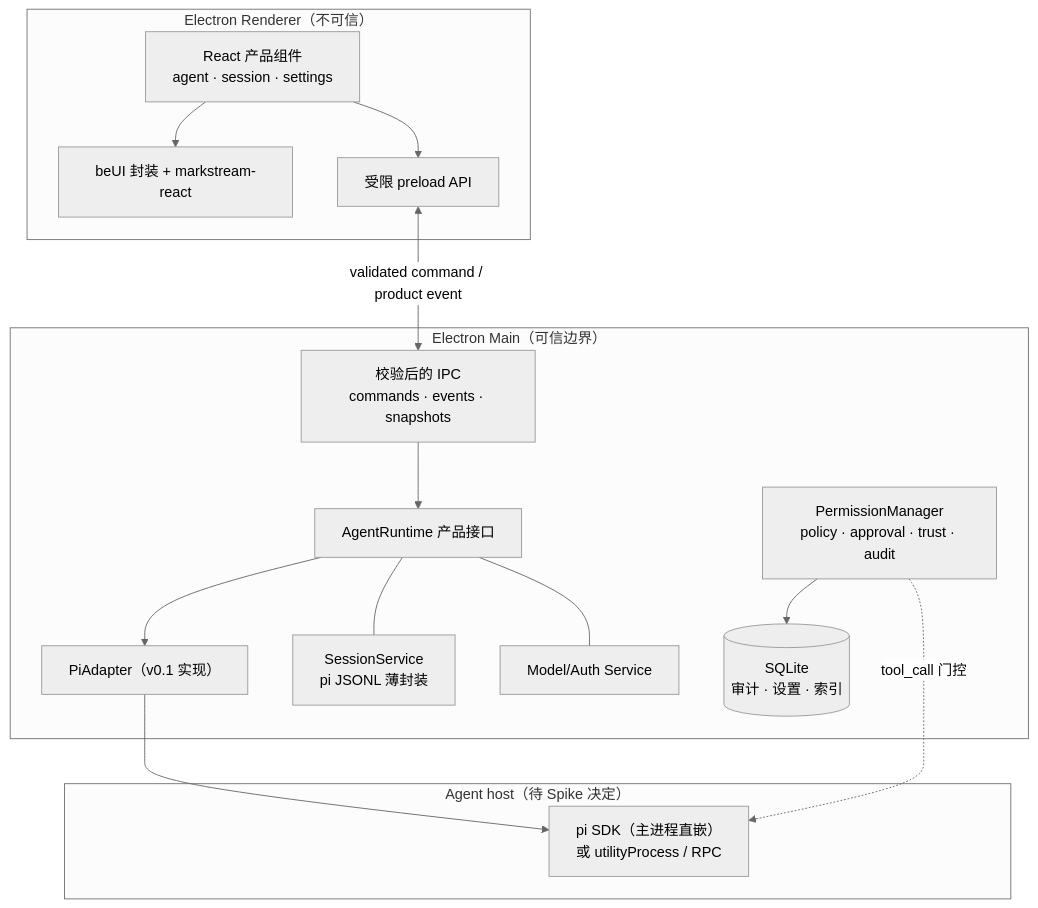
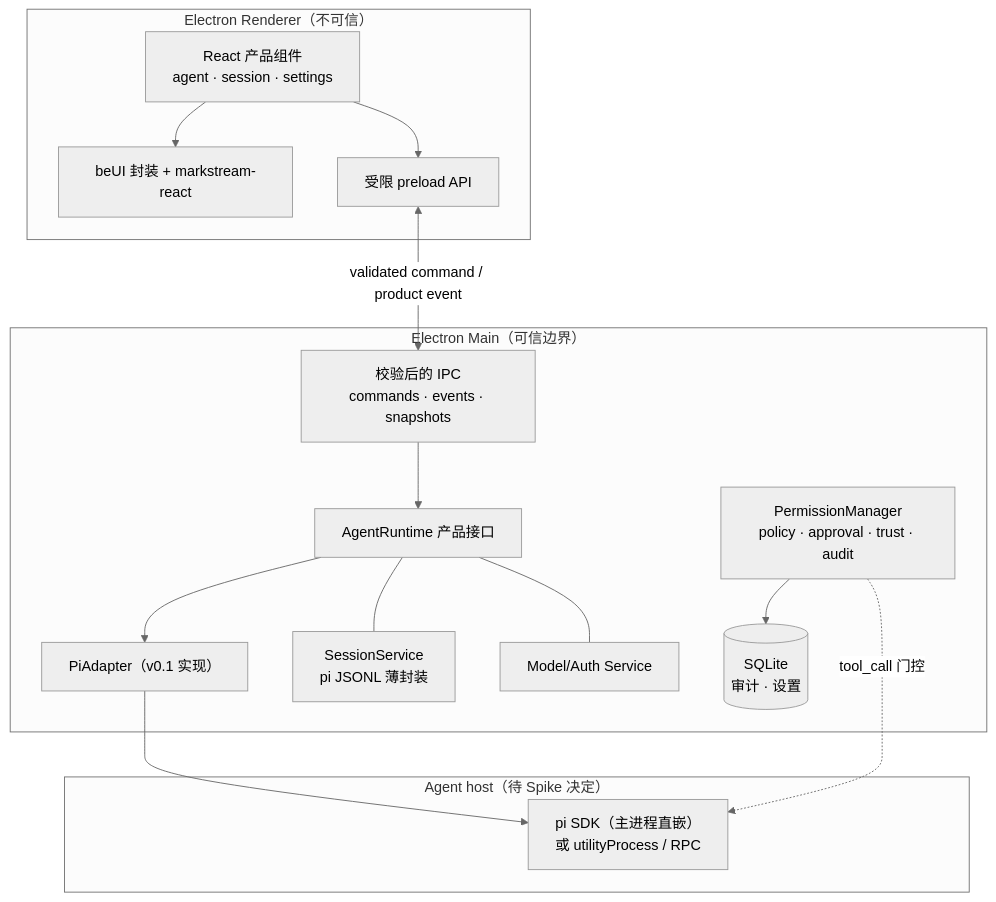
The first of 2 diagrams in docs/desktop-agent-tech-stack.md (hexbee/hello-agent), drawn with Mermaid (neutral theme) before and after one commit. The commit also changed other lines of this file, not shown here.

````diff
--- a/docs/desktop-agent-tech-stack.md
+++ b/docs/desktop-agent-tech-stack.md
@@ -44,31 +44,31 @@
 ```mermaid
 flowchart TB
     subgraph Renderer["Electron Renderer（不可信）"]
         UI["React 产品组件<br/>agent · session · settings"]
         DS["beUI 封装 + markstream-react"]
         PRE["受限 preload API"]
         UI --> DS
         UI --> PRE
     end
 
     subgraph Main["Electron Main（可信边界）"]
         IPC["校验后的 IPC<br/>commands · events · snapshots"]
         AR["AgentRuntime 产品接口"]
         PA["PiAdapter（v0.1 实现）"]
         PM["PermissionManager<br/>policy · approval · trust · audit"]
         SS["SessionService<br/>pi JSONL 薄封装"]
         MS["Model/Auth Service"]
-        DB[("SQLite<br/>审计 · 设置 · 索引")]
+        DB[("SQLite<br/>审计 · 设置")]
     end
 
     subgraph Host["Agent host（待 Spike 决定）"]
         PI["pi SDK（主进程直嵌）<br/>或 utilityProcess / RPC"]
     end
 
     PRE <-->|"validated command / product event"| IPC
     IPC --> AR --> PA --> PI
     PM -. "tool_call 门控" .-> PI
     AR --- SS
     AR --- MS
     PM --> DB
 ```
````
